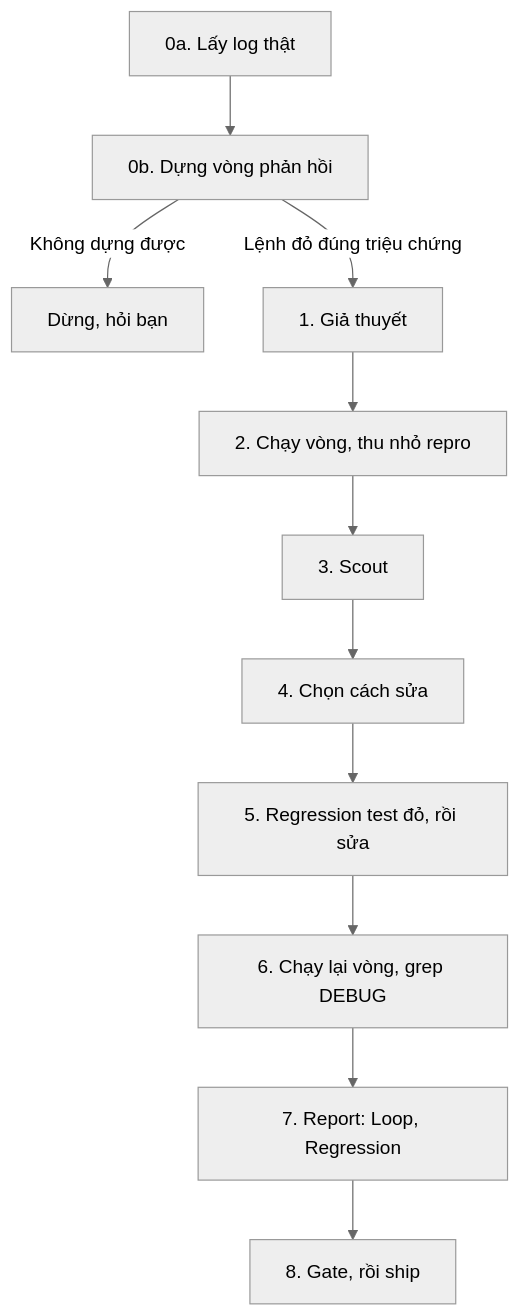
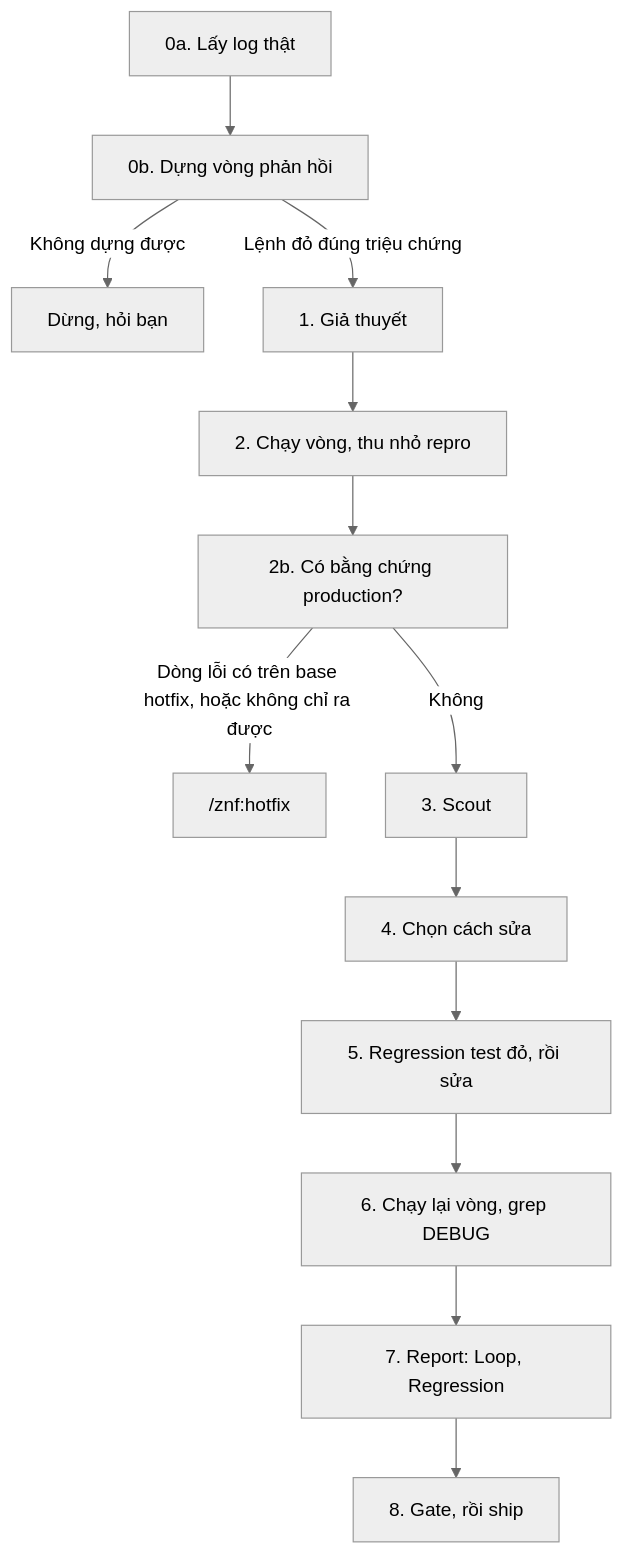
One commit to ZenifyAIContactCenter/zenify-kit changed the diagram in website/workflows/fix.md. Above: the diagram before and after it, drawn with Mermaid (neutral theme). The commit also changed other lines of this file and 8 other files, not shown here.

````diff
--- a/website/workflows/fix.md
+++ b/website/workflows/fix.md
@@ -43,16 +43,19 @@
 ```mermaid
 flowchart TD
   A["0a. Lấy log thật"] --> B["0b. Dựng vòng phản hồi"]
   B -->|Không dựng được| X["Dừng, hỏi bạn"]
   B -->|Lệnh đỏ đúng triệu chứng| C["1. Giả thuyết"]
   C --> D["2. Chạy vòng, thu nhỏ repro"]
-  D --> E["3. Scout"]
+  D --> D2["2b. Có bằng chứng production?"]
+  D2 -->|Dòng lỗi có trên base hotfix, hoặc không chỉ ra được| HF["/znf:hotfix"]
+  D2 -->|Không| E["3. Scout"]
   E --> F["4. Chọn cách sửa"]
   F --> G["5. Regression test đỏ, rồi sửa"]
   G --> H["6. Chạy lại vòng, grep DEBUG"]
   H --> I["7. Report: Loop, Regression"]
   I --> J["8. Gate, rồi ship"]
   class A,B,C,D,E,G,H,I,J action
   class F user
   class X stop
+  class D2,HF action
 ```
````
